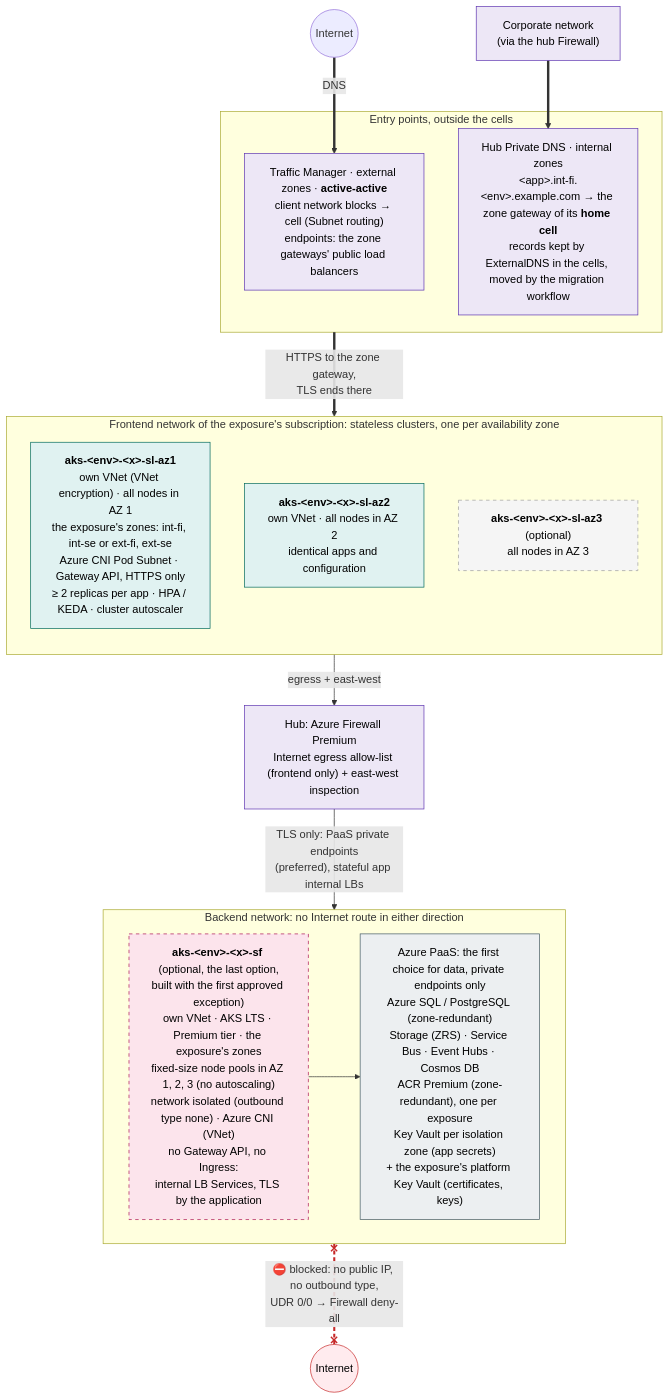
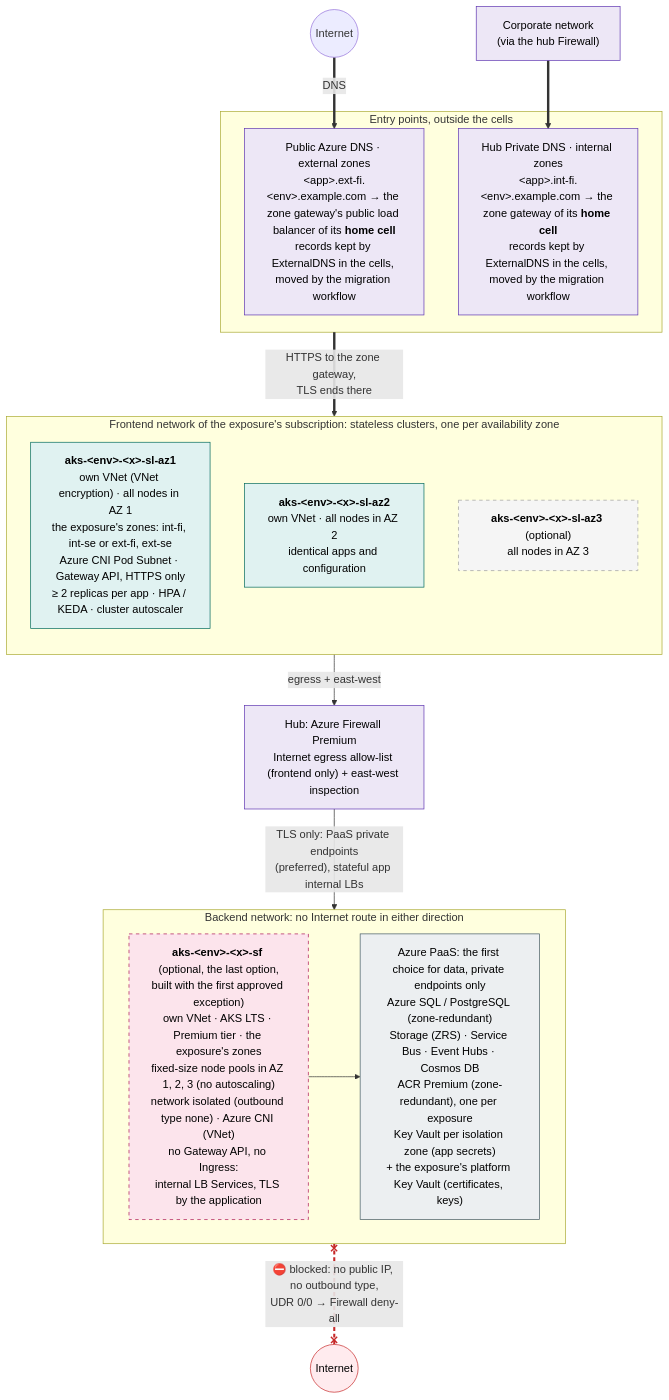
Before and after one commit to onek8s/onek8s.github.io: the diagram in diagrams/3.1-cluster-topology.mmd, drawn with Mermaid. The commit also changed 54 other files, not shown here.

First line of the commit message:
v5.0: App Routing only, managed DNS, no Traffic Manager (requirements 0.3 adjusted) (#130)

```diff
--- a/diagrams/3.1-cluster-topology.mmd
+++ b/diagrams/3.1-cluster-topology.mmd
@@ -1,50 +1,50 @@
 %% Cluster topology of ONE environment and ONE exposure (dev, acc and prd are identical; the internal and the
 %% external exposure are the same picture, each in its own subscription - D52): zonal stateless clusters in the
 %% frontend network, an optional zone-redundant stateful cluster in the backend network next to the Azure PaaS services.
 flowchart TB
     internet(("Internet"))
     corp["Corporate network<br/>(via the hub Firewall)"]
 
     subgraph EDGE["Entry points, outside the cells"]
-        waf["Traffic Manager · external zones · <b>active-active</b><br/>client network blocks → cell (Subnet routing)<br/>endpoints: the zone gateways' public load balancers"]
+        waf["Public Azure DNS · external zones<br/>&lt;app&gt;.ext-fi.&lt;env&gt;.example.com → the zone gateway's public load balancer of its <b>home cell</b><br/>records kept by ExternalDNS in the cells, moved by the migration workflow"]
         agw_in["Hub Private DNS · internal zones<br/>&lt;app&gt;.int-fi.&lt;env&gt;.example.com → the zone gateway of its <b>home cell</b><br/>records kept by ExternalDNS in the cells, moved by the migration workflow"]
     end
 
     subgraph FRONT["Frontend network of the exposure's subscription: stateless clusters, one per availability zone"]
         direction TB
         sl1["<b>aks-&lt;env&gt;-&lt;x&gt;-sl-az1</b><br/>own VNet (VNet encryption) · all nodes in AZ 1<br/>the exposure's zones: int-fi, int-se or ext-fi, ext-se<br/>Azure CNI Pod Subnet · Gateway API, HTTPS only<br/>≥ 2 replicas per app · HPA / KEDA · cluster autoscaler"]
         sl2["<b>aks-&lt;env&gt;-&lt;x&gt;-sl-az2</b><br/>own VNet · all nodes in AZ 2<br/>identical apps and configuration"]
         sl3["<b>aks-&lt;env&gt;-&lt;x&gt;-sl-az3</b> (optional)<br/>all nodes in AZ 3"]
     end
 
     fw["Hub: Azure Firewall Premium<br/>Internet egress allow-list (frontend only) + east-west inspection"]
 
     subgraph BACK["Backend network: no Internet route in either direction"]
         sf["<b>aks-&lt;env&gt;-&lt;x&gt;-sf</b> (optional, the last option,<br/>built with the first approved exception)<br/>own VNet · AKS LTS · Premium tier · the exposure's zones<br/>fixed-size node pools in AZ 1, 2, 3 (no autoscaling)<br/>network isolated (outbound type none) · Azure CNI (VNet)<br/>no Gateway API, no Ingress:<br/>internal LB Services, TLS by the application"]
         paas["Azure PaaS: the first choice for data, private endpoints only<br/>Azure SQL / PostgreSQL (zone-redundant)<br/>Storage (ZRS) · Service Bus · Event Hubs · Cosmos DB<br/>ACR Premium (zone-redundant), one per exposure<br/>Key Vault per isolation zone (app secrets)<br/>+ the exposure's platform Key Vault (certificates, keys)"]
     end
 
     blocked(("Internet"))
 
     internet ==>|"DNS"| waf
     corp ==> agw_in
     EDGE ==>|"HTTPS to the zone gateway,<br/>TLS ends there"| FRONT
     FRONT -->|"egress + east-west"| fw
     fw -->|"TLS only: PaaS private endpoints<br/>(preferred), stateful app internal LBs"| BACK
     sf --> paas
     BACK x-.-x|"⛔ blocked: no public IP, no outbound type,<br/>UDR 0/0 → Firewall deny-all"| blocked
 
     linkStyle 6 stroke:#c62828,stroke-width:3px,stroke-dasharray:6 4
 
     classDef hub fill:#ede7f6,stroke:#5e35b1,color:#000
     classDef sl fill:#e0f2f1,stroke:#00695c,color:#000
     classDef sf fill:#fce4ec,stroke:#ad1457,color:#000,stroke-dasharray: 5 5
     classDef paas fill:#eceff1,stroke:#455a64,color:#000
     classDef opt fill:#f5f5f5,stroke:#9e9e9e,color:#000,stroke-dasharray: 5 5
     classDef off fill:#ffebee,stroke:#c62828,color:#000
     class fw,waf,agw_in,corp hub
     class sl1,sl2 sl
     class sl3 opt
     class sf sf
     class paas paas
     class blocked off
```
